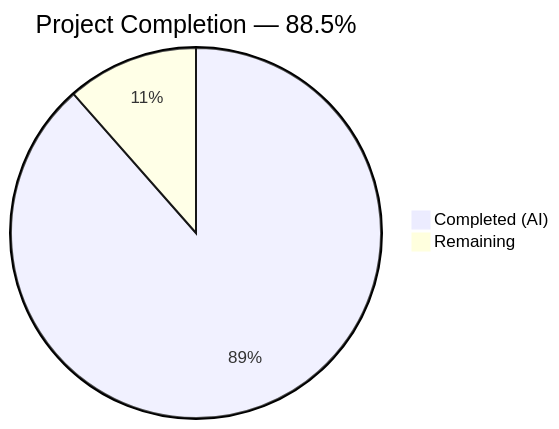
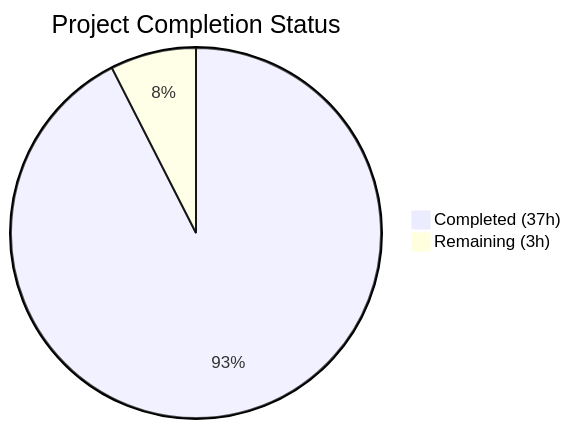
Before and after one commit to blitzy-public-samples/blitzy-Apollo-11: the first of 2 diagrams in blitzy/documentation/Project Guide.md, drawn with Mermaid. The commit also changed other lines of this file, not shown here.

Commit message:
Adding Blitzy Project Guide: Project Status and Human Tasks Remaining

````diff
--- a/blitzy/documentation/Project Guide.md
+++ b/blitzy/documentation/Project Guide.md
@@ -13,5 +11,5 @@
 ```mermaid
-pie title Project Completion — 88.5%
-    "Completed (AI)" : 38.5
-    "Remaining" : 5
+pie title Project Completion Status
+    "Completed (37h)" : 37
+    "Remaining (3h)" : 3
 ```
````
